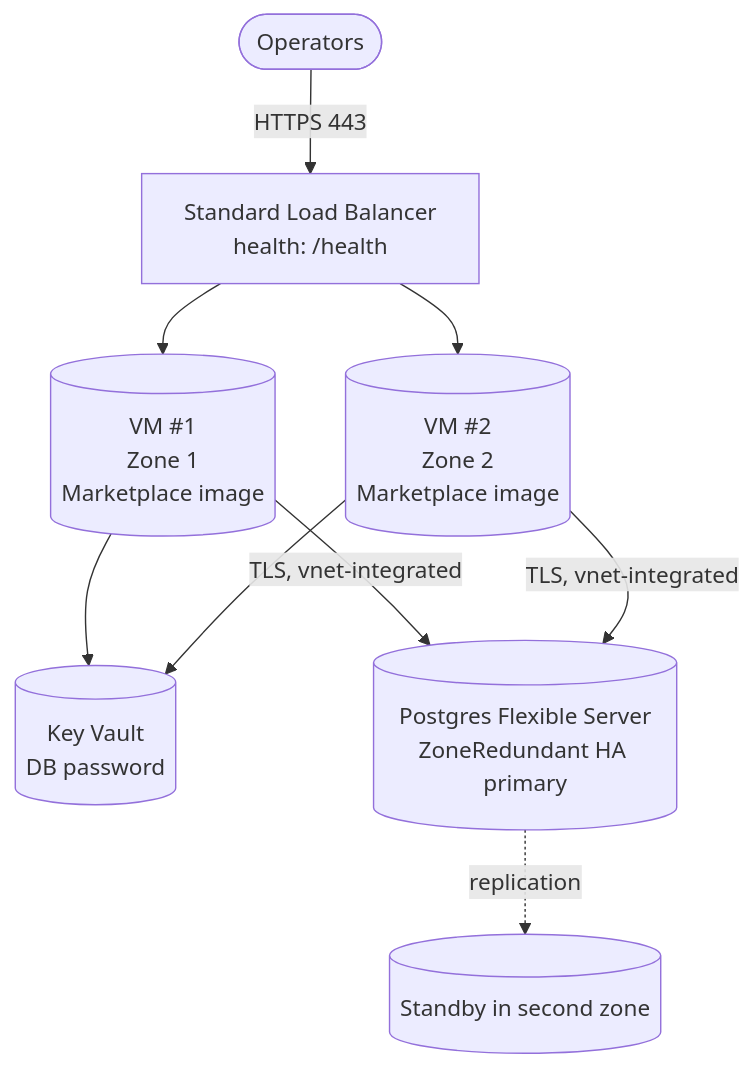
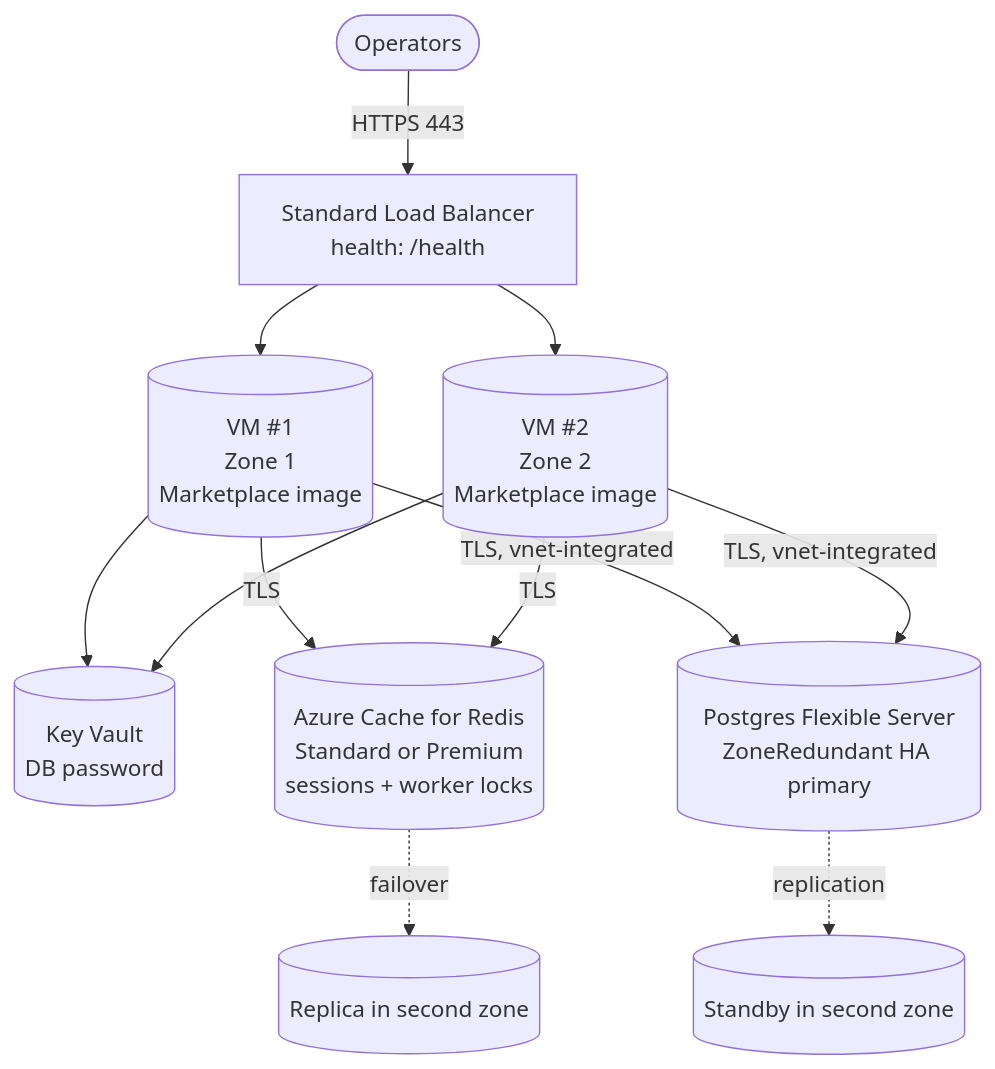
One commit to HailBytes/hailbytes-terraform-modules changed the diagram in modules/ha-hot-hot/azure/README.md. Above: the diagram before and after it, drawn with Mermaid. The commit also changed other lines of this file and 6 other files, not shown here.

First line of the commit message:
Cross-cloud HA parity: Azure Redis + post-patch run command, AWS/Azure fail-loud, repo CI

````diff
--- a/modules/ha-hot-hot/azure/README.md
+++ b/modules/ha-hot-hot/azure/README.md
@@ -10,11 +10,14 @@
 ```mermaid
 flowchart TB
     User([Operators]) -->|HTTPS 443| LB[Standard Load Balancer<br/>health: /health]
     LB --> VM1[(VM #1<br/>Zone 1<br/>Marketplace image)]
     LB --> VM2[(VM #2<br/>Zone 2<br/>Marketplace image)]
     VM1 --> KV[(Key Vault<br/>DB password)]
     VM2 --> KV
+    VM1 -->|TLS| RC[(Azure Cache for Redis<br/>Standard or Premium<br/>sessions + worker locks)]
+    VM2 -->|TLS| RC
     VM1 -->|TLS, vnet-integrated| PG[(Postgres Flexible Server<br/>ZoneRedundant HA primary)]
     VM2 -->|TLS, vnet-integrated| PG
     PG -.replication.-> PGS[(Standby in second zone)]
+    RC -.failover.-> RCS[(Replica in second zone)]
 ```
````
